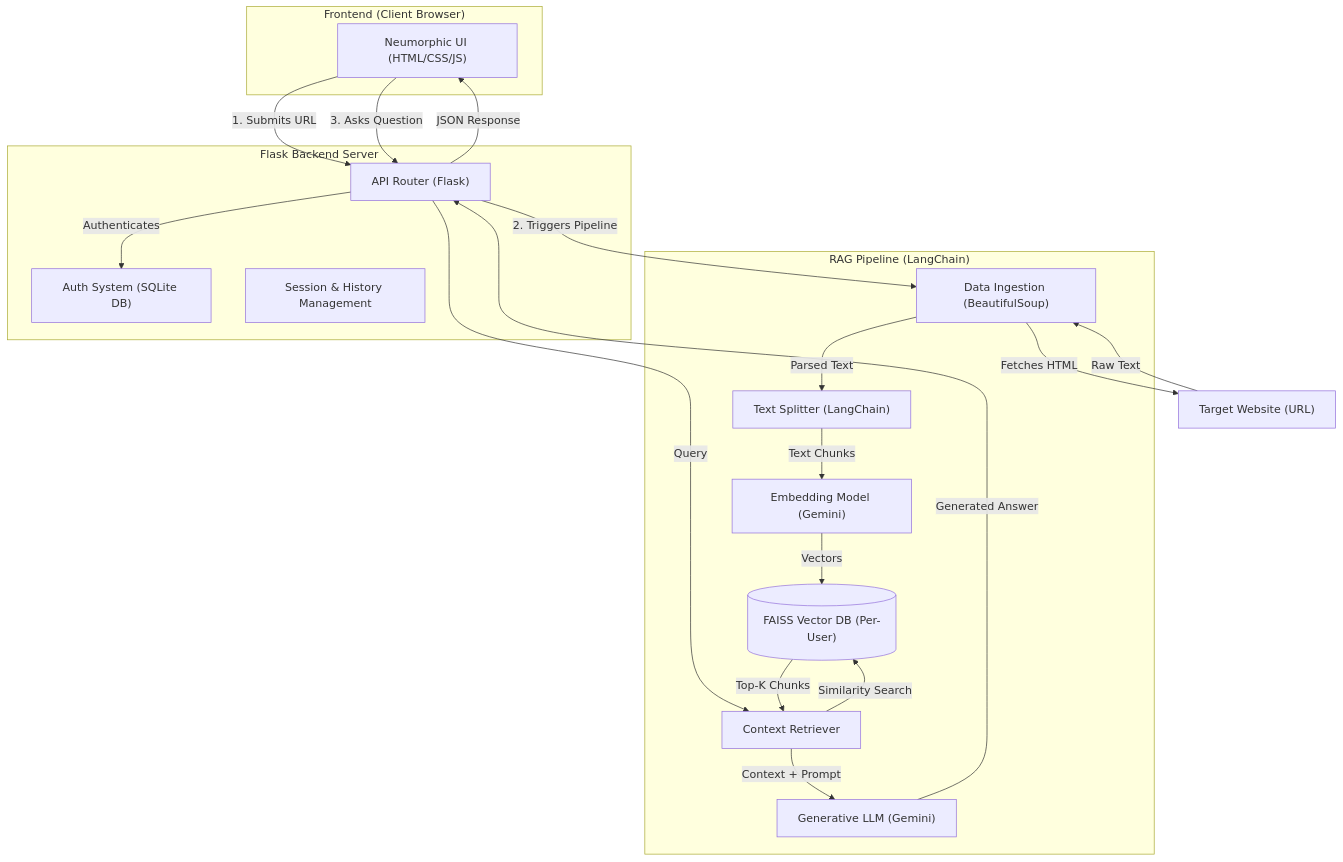
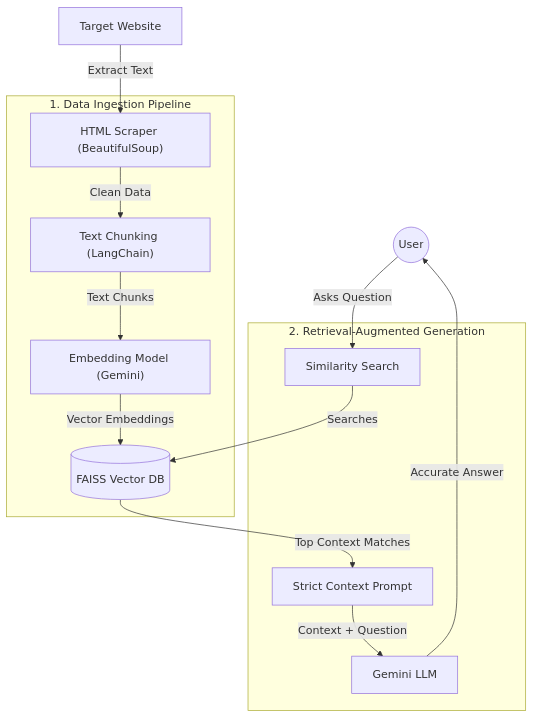
Before and after one commit to prashaantv05/SiteMind-AI: the diagram in README.md, drawn with Mermaid.

Commit message:
Simplify README architecture diagram to focus on RAG pipeline

````diff
--- a/README.md
+++ b/README.md
@@ -23,45 +23,31 @@
 ```mermaid
 graph TD
-    %% Frontend Components
-    subgraph Client ["Frontend (Client Browser)"]
-        UI["Neumorphic UI (HTML/CSS/JS)"]
+    User(("User"))
+    Web["Target Website"]
+    
+    subgraph "1. Data Ingestion Pipeline"
+        Scraper["HTML Scraper (BeautifulSoup)"]
+        Splitter["Text Chunking (LangChain)"]
+        Embedder["Embedding Model (Gemini)"]
+        VectorDB[("FAISS Vector DB")]
     end
 
-    %% Backend Components
-    subgraph Server ["Flask Backend Server"]
-        Router["API Router (Flask)"]
-        Auth["Auth System (SQLite DB)"]
-        Session["Session & History Management"]
+    subgraph "2. Retrieval-Augmented Generation"
+        Retriever["Similarity Search"]
+        Prompt["Strict Context Prompt"]
+        LLM["Gemini LLM"]
     end
 
-    %% RAG Pipeline
-    subgraph RAG ["RAG Pipeline (LangChain)"]
-        Scraper["Data Ingestion (BeautifulSoup)"]
-        Splitter["Text Splitter (LangChain)"]
-        Embedder["Embedding Model (Gemini)"]
-        VectorDB[("FAISS Vector DB (Per-User)")]
-        Retriever["Context Retriever"]
-        LLM["Generative LLM (Gemini)"]
-    end
+    %% Ingestion Flow
+    Web -->|"Extract Text"| Scraper
+    Scraper -->|"Clean Data"| Splitter
+    Splitter -->|"Text Chunks"| Embedder
+    Embedder -->|"Vector Embeddings"| VectorDB
 
-    %% External
-    Web["Target Website (URL)"]
-
-    %% Flow
-    UI -- "1. Submits URL" --> Router
-    Router -- "Authenticates" --> Auth
-    Router -- "2. Triggers Pipeline" --> Scraper
-    Scraper -- "Fetches HTML" --> Web
-    Web -- "Raw Text" --> Scraper
-    Scraper -- "Parsed Text" --> Splitter
-    Splitter -- "Text Chunks" --> Embedder
-    Embedder -- "Vectors" --> VectorDB
-    
-    UI -- "3. Asks Question" --> Router
-    Router -- "Query" --> Retriever
-    Retriever -- "Similarity Search" --> VectorDB
-    VectorDB -- "Top-K Chunks" --> Retriever
-    Retriever -- "Context + Prompt" --> LLM
-    LLM -- "Generated Answer" --> Router
-    Router -- "JSON Response" --> UI
+    %% Query Flow
+    User -->|"Asks Question"| Retriever
+    Retriever -->|"Searches"| VectorDB
+    VectorDB -->|"Top Context Matches"| Prompt
+    Prompt -->|"Context + Question"| LLM
+    LLM -->|"Accurate Answer"| User
 ```
````
